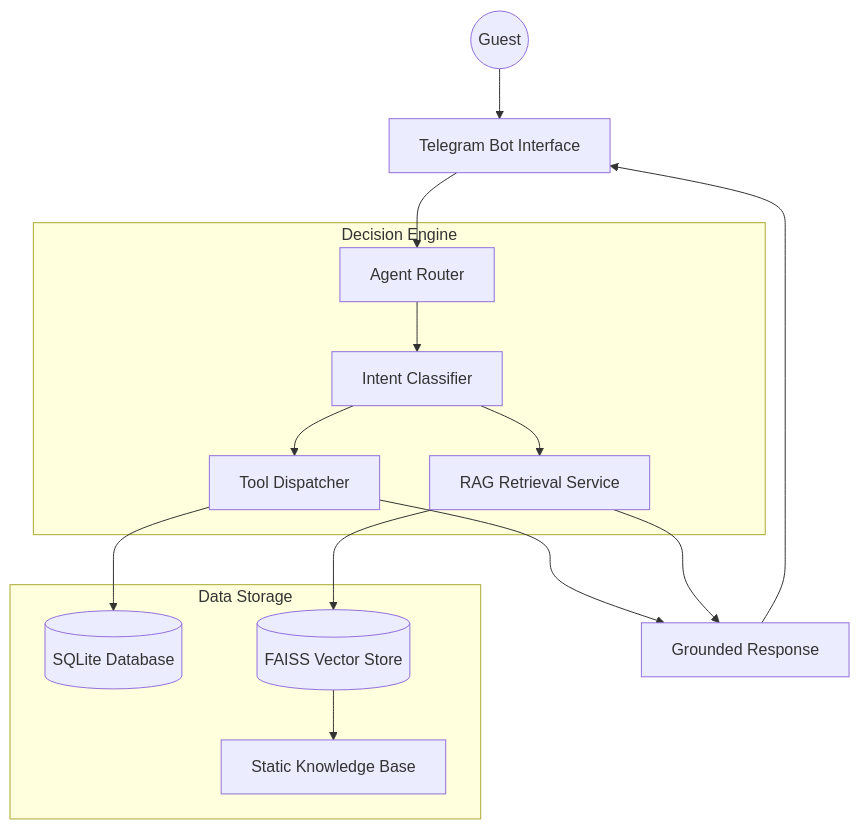
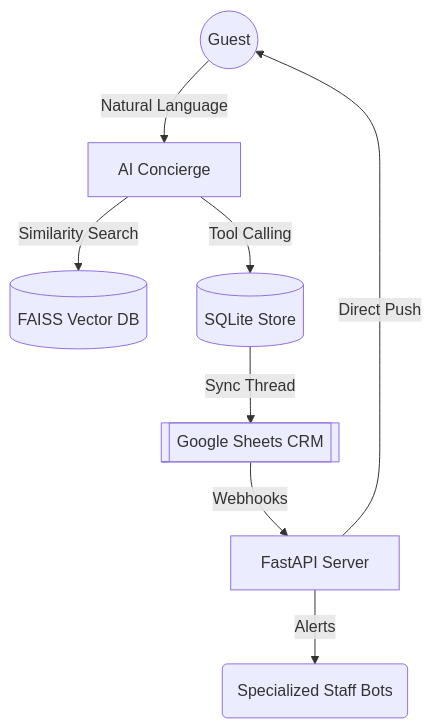
One commit to RinaniRita/AI-Agent-Based-Customer-Support-System-For-Hotel-Using-RAG changed the diagram in README.md. Above: the diagram before and after it, drawn with Mermaid. The commit also changed other lines of this file and 16 other files, not shown here.

````diff
--- a/README.md
+++ b/README.md
@@ -11,21 +35,10 @@
 ```mermaid
 graph TD
-    User((Guest)) --> Telegram[Telegram Bot Interface]
-    Telegram --> Router[Agent Router]
-    
-    subgraph "Decision Engine"
-        Router --> Classifier[Intent Classifier]
-        Classifier --> Tool[Tool Dispatcher]
-        Classifier --> RAG[RAG Retrieval Service]
-    end
-    
-    subgraph "Data Storage"
-        Tool --> SQLite[(SQLite Database)]
-        RAG --> FAISS[(FAISS Vector Store)]
-        FAISS --> Static[Static Knowledge Base]
-    end
-    
-    Tool --> Response[Grounded Response]
-    RAG --> Response
-    Response --> Telegram
+    User((Guest)) -- "Natural Language" --> Bot[AI Concierge]
+    Bot -- "Similarity Search" --> FAISS[(FAISS Vector DB)]
+    Bot -- "Tool Calling" --> SQLite[(SQLite Store)]
+    SQLite -- "Sync Thread" --> Sheets[[Google Sheets CRM]]
+    Sheets -- "Webhooks" --> API[FastAPI Server]
+    API -- "Direct Push" --> User
+    API -- "Alerts" --> Staff(Specialized Staff Bots)
 ```
````
